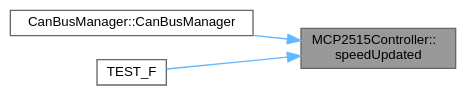
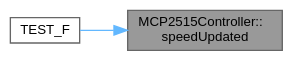
One commit to SEAME-pt/2024-2025-HotWheels changed the diagram in docs/classMCP2515Controller_a25cc8dda05ec2b8b33c805359e4dfbe6_icgraph.dot. Above: the diagram before and after it, drawn with Graphviz. The commit also changed 223 other files, not shown here.

```diff
--- a/docs/classMCP2515Controller_a25cc8dda05ec2b8b33c805359e4dfbe6_icgraph.dot
+++ b/docs/classMCP2515Controller_a25cc8dda05ec2b8b33c805359e4dfbe6_icgraph.dot
@@ -1,13 +1,11 @@
 digraph "MCP2515Controller::speedUpdated"
 {
  // LATEX_PDF_SIZE
   bgcolor="transparent";
   edge [fontname=Helvetica,fontsize=10,labelfontname=Helvetica,labelfontsize=10];
   node [fontname=Helvetica,fontsize=10,shape=box,height=0.2,width=0.4];
   rankdir="RL";
   Node1 [id="Node000001",label="MCP2515Controller::\lspeedUpdated",height=0.2,width=0.4,color="gray40", fillcolor="grey60", style="filled", fontcolor="black",tooltip=" "];
   Node1 -> Node2 [id="edge1_Node000001_Node000002",dir="back",color="steelblue1",style="solid",tooltip=" "];
-  Node2 [id="Node000002",label="CanBusManager::CanBusManager",height=0.2,width=0.4,color="grey40", fillcolor="white", style="filled",URL="$classCanBusManager.html#ae99209d291de980c75c10f8c12231a30",tooltip=" "];
-  Node1 -> Node3 [id="edge2_Node000001_Node000003",dir="back",color="steelblue1",style="solid",tooltip=" "];
-  Node3 [id="Node000003",label="TEST_F",height=0.2,width=0.4,color="grey40", fillcolor="white", style="filled",URL="$test__MCP2515Controller_8cpp.html#ac34886fefb15eb0151b970cb603f585c",tooltip=" "];
+  Node2 [id="Node000002",label="TEST_F",height=0.2,width=0.4,color="grey40", fillcolor="white", style="filled",URL="$test__MCP2515Controller_8cpp.html#ac34886fefb15eb0151b970cb603f585c",tooltip=" "];
 }
```
